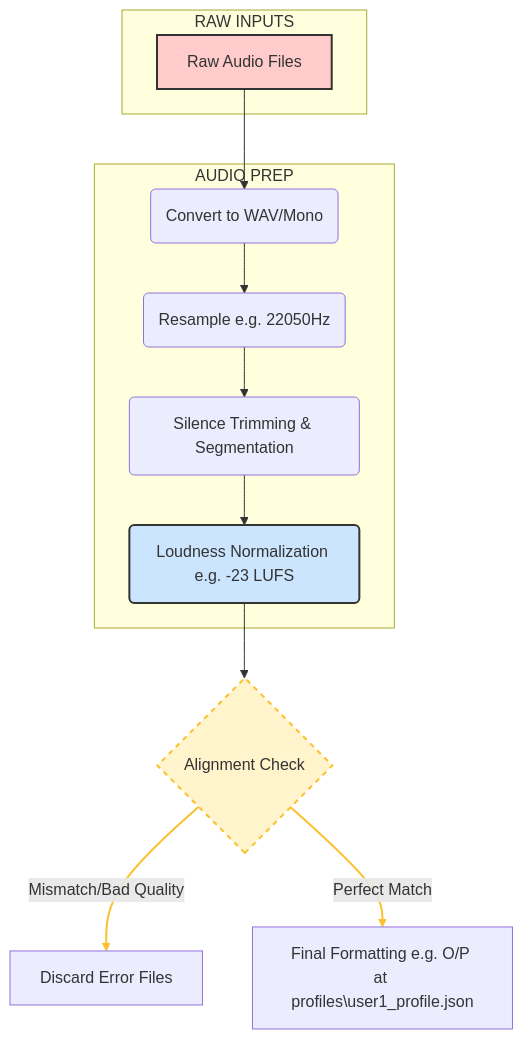
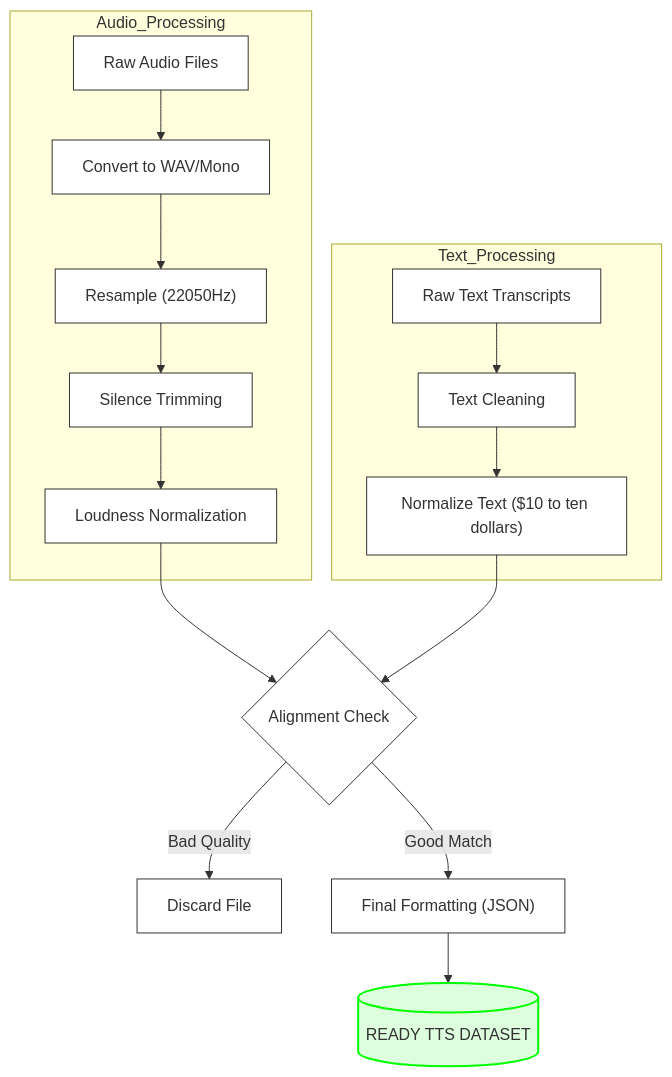
One commit to sandbox0maes-grl/TTS changed the first of 3 diagrams in Dataset_Analysis.md. Above: the diagram before and after it, drawn with Mermaid. The commit also changed other lines of this file and 9 other files, not shown here.

````diff
--- a/Dataset_Analysis.md
+++ b/Dataset_Analysis.md
@@ -71,29 +71,30 @@
 ```mermaid
-graph TD
-%% Define styles
-classDef raw fill:#ffcccb,stroke:#333,stroke-width:2px;
-classDef process fill:#cce5ff,stroke:#333,stroke-width:2px;
-classDef critical fill:#fff4cc,stroke:#fbc02d,stroke-width:2px,stroke-dasharray: 5 5;
-classDef final fill:#d4edda,stroke:#28a745,stroke-width:2px;
+flowchart TD;
+    %% Defines Colors
+    classDef default fill:#fff,stroke:#333,stroke-width:1px;
+    classDef final fill:#dfd,stroke:#0f0,stroke-width:2px;
 
-    subgraph RAW_INPUTS ["RAW INPUTS"]
-        A1[Raw Audio Files]:::raw        
+    %% Audio Section
+    subgraph Audio_Processing
+        A1["Raw Audio Files"] --> B1["Convert to WAV/Mono"];
+        B1 --> B2["Resample (22050Hz)"];
+        B2 --> B3["Silence Trimming"];
+        B3 --> B4["Loudness Normalization"];
     end
 
-    subgraph AUDIO_PREP ["AUDIO PREP"]
-        A1 --> B1(Convert to WAV/Mono)
-        B1 --> B2(Resample e.g. 22050Hz)
-        B2 --> B3(Silence Trimming & Segmentation)
-        B3 --> B4(Loudness Normalization e.g. -23 LUFS):::process
-    end  
+    %% Text Section
+    subgraph Text_Processing
+        C1["Raw Text Transcripts"] --> C2["Text Cleaning"];
+        C2 --> C3["Normalize Text ($10 to ten dollars)"];
+    end
 
-    B4 --> D{Alignment Check}:::critical
-    
-    D -- "Mismatch/Bad Quality" --> E[Discard Error Files]
-    D -- "Perfect Match" --> F[Final Formatting e.g. O/P at profiles\user1_profile.json
-]
+    %% Logic Connections
+    B4 --> D{"Alignment Check"};
+    C3 --> D;
 
-    %% Link styles
-    %% Updated indices to 5,6 because removing C2 shifted the link count
-    linkStyle 5,6 stroke:#fbc02d,stroke-width:2px;
+    %% Outcomes
+    D -- "Bad Quality" --> E["Discard File"];
+    D -- "Good Match" --> F["Final Formatting (JSON)"];
+
+    F --> G[("READY TTS DATASET")]:::final;
 ```
````
